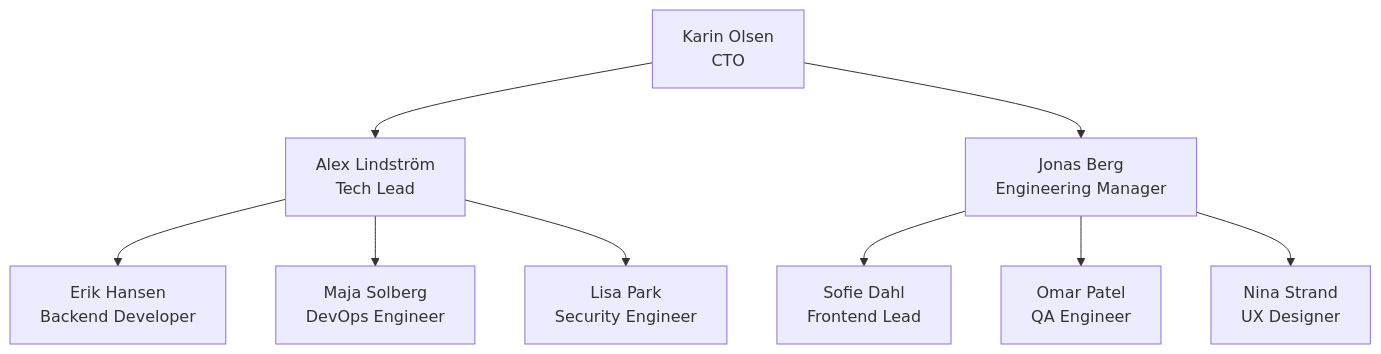
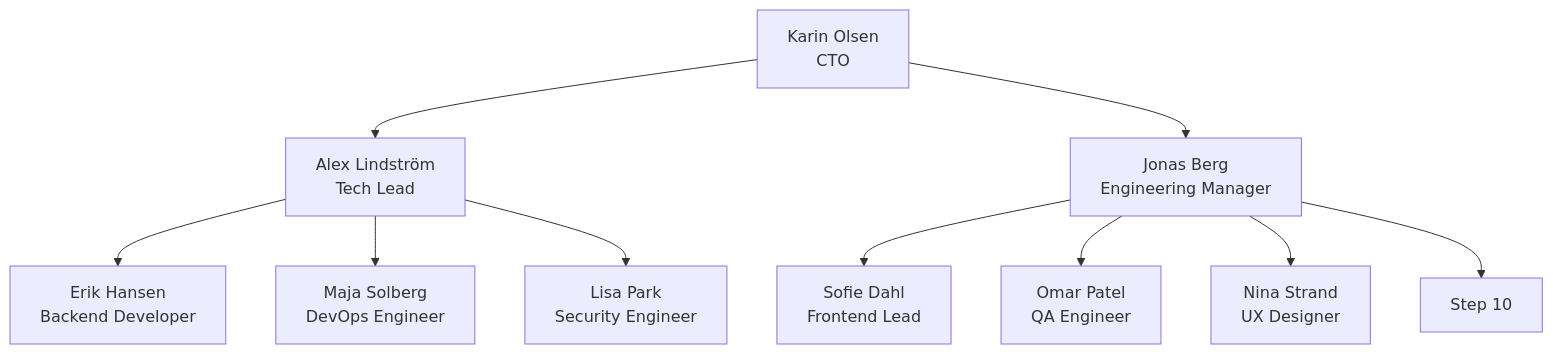
One commit to tm-henningnt/obesian-oats-demonotes changed the diagram in cabinets/default/notes/Work/Team/Team Org Chart.md. Above: the diagram before and after it, drawn with Mermaid. The commit also changed other lines of this file, not shown here.

Commit message:
Update: Team Org Chart

````diff
--- a/cabinets/default/notes/Work/Team/Team Org Chart.md
+++ b/cabinets/default/notes/Work/Team/Team Org Chart.md
@@ -14,13 +14,23 @@
 ```mermaid
 %% mode: orgchart
 flowchart TB
   CTO["Karin Olsen\nCTO"]
-  CTO --> ALEX["Alex Lindström\nTech Lead"]
-  CTO --> JONAS["Jonas Berg\nEngineering Manager"]
-  ALEX --> ERIK["Erik Hansen\nBackend Developer"]
-  ALEX --> MAJA["Maja Solberg\nDevOps Engineer"]
-  ALEX --> LISA["Lisa Park\nSecurity Engineer"]
-  JONAS --> SOFIE["Sofie Dahl\nFrontend Lead"]
-  JONAS --> OMAR["Omar Patel\nQA Engineer"]
-  JONAS --> NINA["Nina Strand\nUX Designer"]
+  ALEX["Alex Lindström\nTech Lead"]
+  JONAS["Jonas Berg\nEngineering Manager"]
+  ERIK["Erik Hansen\nBackend Developer"]
+  MAJA["Maja Solberg\nDevOps Engineer"]
+  LISA["Lisa Park\nSecurity Engineer"]
+  SOFIE["Sofie Dahl\nFrontend Lead"]
+  OMAR["Omar Patel\nQA Engineer"]
+  NINA["Nina Strand\nUX Designer"]
+  step_10["Step 10"]
+  CTO --> ALEX
+  CTO --> JONAS
+  ALEX --> ERIK
+  ALEX --> MAJA
+  ALEX --> LISA
+  JONAS --> SOFIE
+  JONAS --> OMAR
+  JONAS --> NINA
+  JONAS --> step_10
 ```
````
